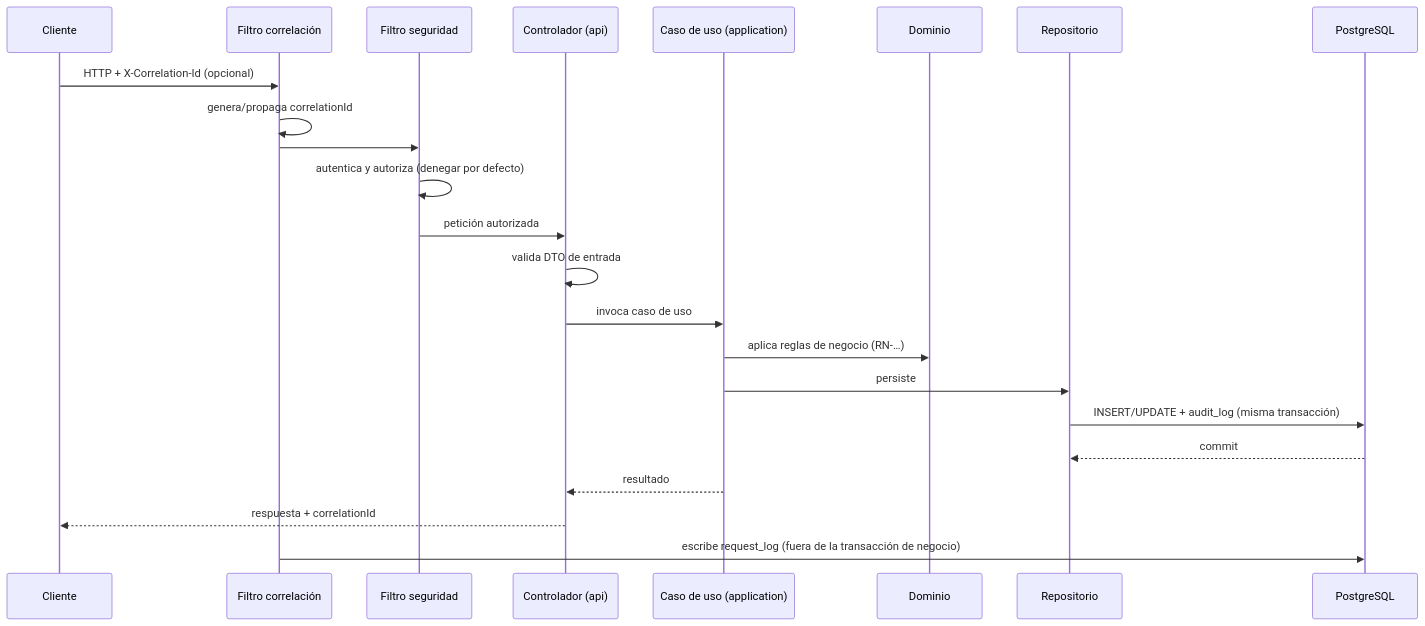
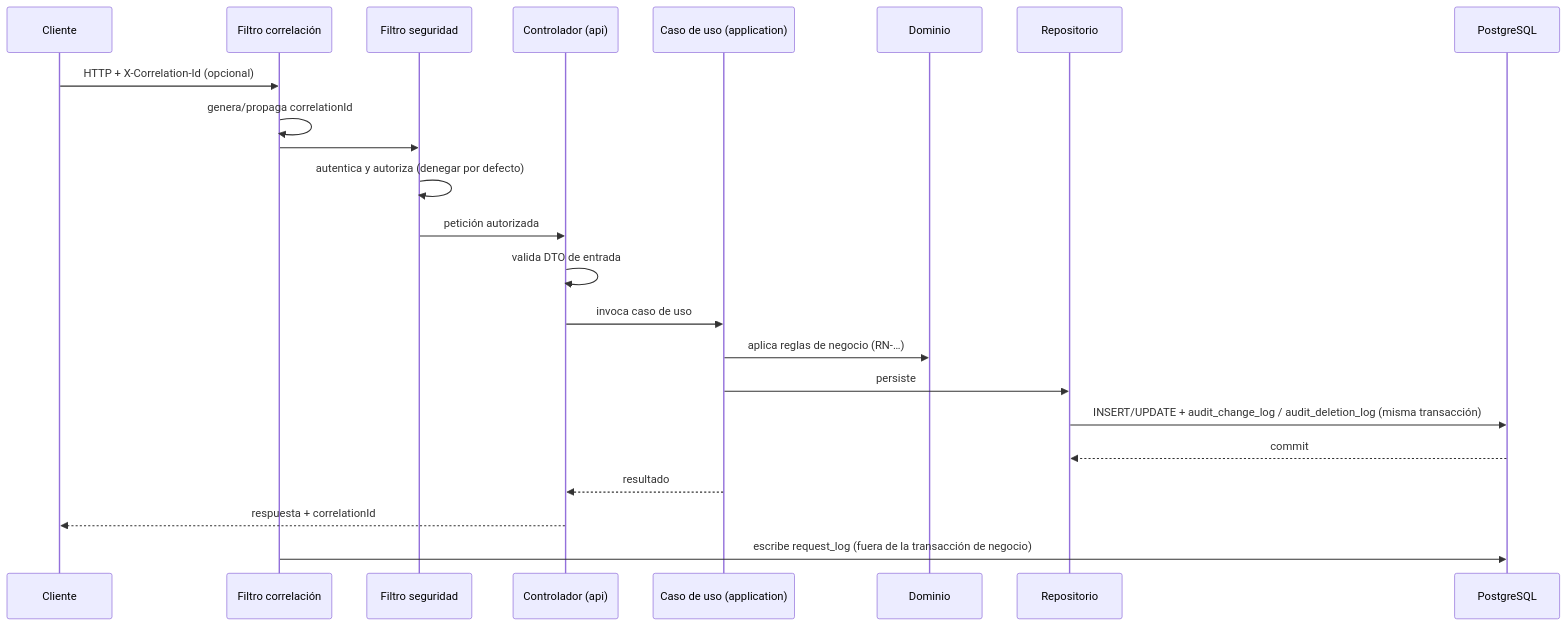
Before and after one commit to NexusPro-Dev/backend: the third of 3 diagrams in docs/architecture.md, drawn with Mermaid. The commit also changed other lines of this file and 5 other files, not shown here.

````diff
--- a/docs/architecture.md
+++ b/docs/architecture.md
@@ -244,26 +405,26 @@
 ```mermaid
 sequenceDiagram
     participant C as Cliente
     participant F as Filtro correlación
     participant S as Filtro seguridad
     participant A as Controlador (api)
     participant U as Caso de uso (application)
     participant D as Dominio
     participant R as Repositorio
     participant P as PostgreSQL
 
     C->>F: HTTP + X-Correlation-Id (opcional)
     F->>F: genera/propaga correlationId
     F->>S: 
     S->>S: autentica y autoriza (denegar por defecto)
     S->>A: petición autorizada
     A->>A: valida DTO de entrada
     A->>U: invoca caso de uso
     U->>D: aplica reglas de negocio (RN-…)
     U->>R: persiste
-    R->>P: INSERT/UPDATE + audit_log (misma transacción)
+    R->>P: INSERT/UPDATE + audit_change_log / audit_deletion_log (misma transacción)
     P-->>R: commit
     U-->>A: resultado
     A-->>C: respuesta + correlationId
     F->>P: escribe request_log (fuera de la transacción de negocio)
 ```
````
